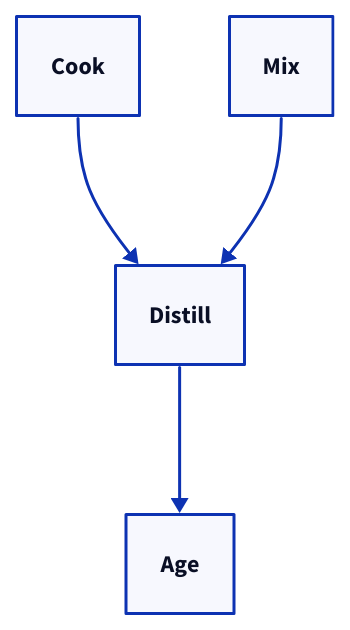
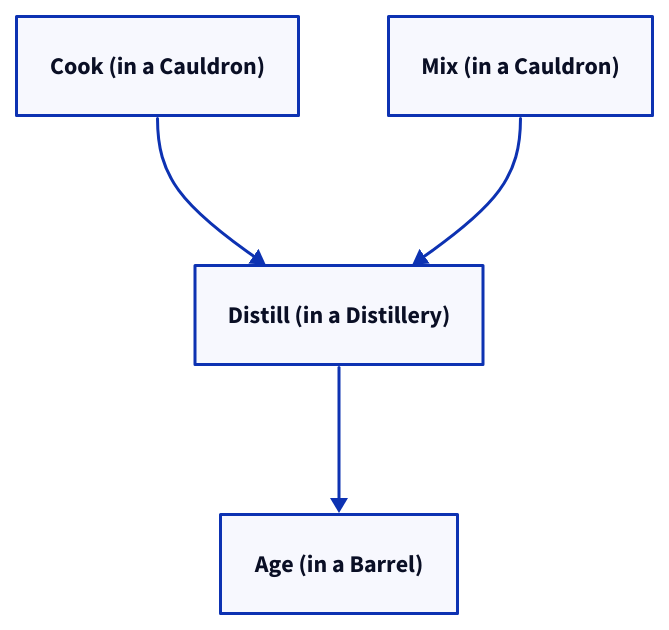
One commit to BreweryTeam/TheBrewingProject-Documentation changed the diagram in src/content/docs/docs/for-server-owners/guides/creating-a-recipe.mdx. Above: the diagram before and after it, drawn with D2. The commit also changed other lines of this file and 4 other files, not shown here.

````diff
--- a/src/content/docs/docs/for-server-owners/guides/creating-a-recipe.mdx
+++ b/src/content/docs/docs/for-server-owners/guides/creating-a-recipe.mdx
@@ -122,13 +176,12 @@
 ```d2 sketch pad=50 animated
 direction: down
 
-cook: Cook
-mix: Mix
-distill: Distill
-age: Age
+cook: Cook (in a Cauldron)
+mix: Mix (in a Cauldron)
+distill: Distill (in a Distillery)
+age: Age (in a Barrel)
 
 cook -> distill
 mix -> distill
 distill -> age
-
 ```
````
